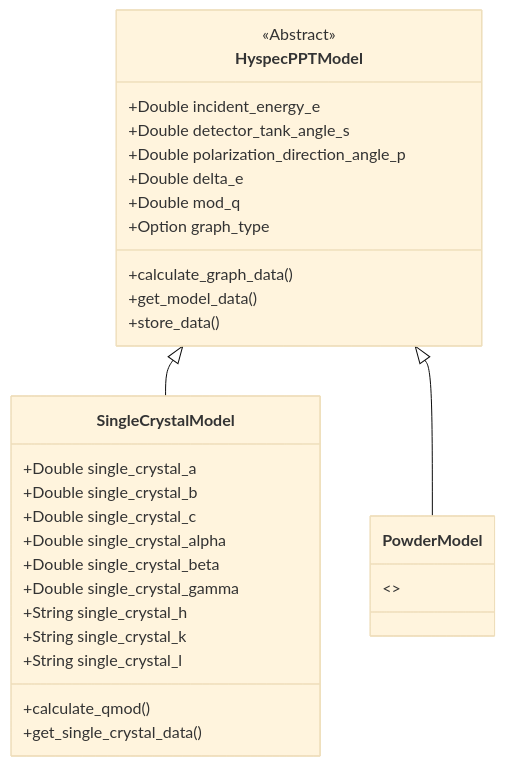
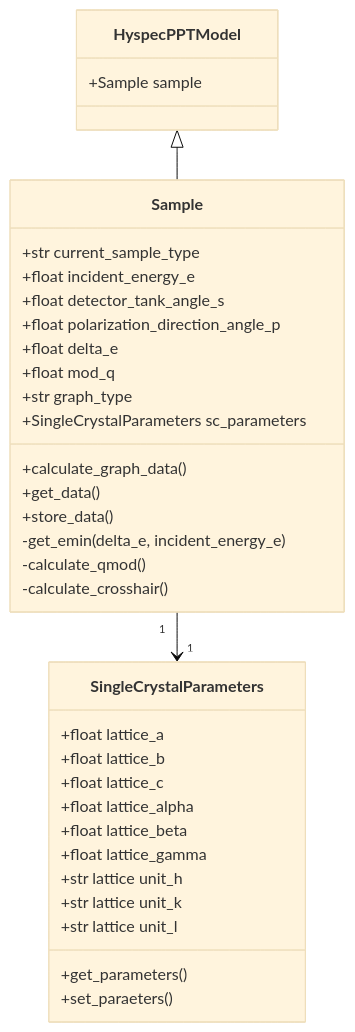
Before and after one commit to neutrons/hyspecppt: the first of 3 diagrams in docs/source/design/hyspecpptclasses.rst, drawn with Mermaid (base theme). The commit also changed other lines of this file and 6 other files, not shown here.

```diff
--- a/docs/source/design/hyspecpptclasses.rst
+++ b/docs/source/design/hyspecpptclasses.rst
@@ -11,38 +15,41 @@
 .. mermaid::
 
  classDiagram
-    HyspecPPTModel <|-- SingleCrystalModel
-    HyspecPPTModel <|-- PowderModel
+    HyspecPPTModel <|-- Sample
+    Sample "1" -->"1" SingleCrystalParameters
 
 
     class HyspecPPTModel{
-        <<Abstract>>
-        +Double incident_energy_e
-        +Double detector_tank_angle_s
-        +Double polarization_direction_angle_p
-        +Double delta_e
-        +Double mod_q
-        +Option graph_type
-        +calculate_graph_data()
-        +get_model_data()
-        +store_data()
-
+        +Sample sample
     }
 
-    class SingleCrystalModel{
-        +Double single_crystal_a
-        +Double single_crystal_b
-        +Double single_crystal_c
-        +Double single_crystal_alpha
-        +Double single_crystal_beta
-        +Double single_crystal_gamma
-        +String single_crystal_h
-        +String single_crystal_k
-        +String single_crystal_l
-        +calculate_qmod()
-        +get_single_crystal_data()
+    class Sample{
+        +str current_sample_type
+        +float incident_energy_e
+        +float detector_tank_angle_s
+        +float polarization_direction_angle_p
+        +float delta_e
+        +float mod_q
+        +str graph_type
+        +SingleCrystalParameters sc_parameters
+        +calculate_graph_data()
+        +get_data()
+        +store_data()
+        -get_emin(delta_e, incident_energy_e)
+        -calculate_qmod()
+        -calculate_crosshair()
     }
 
-    class PowderModel{
-        <>
+    class SingleCrystalParameters{
+        +float lattice_a
+        +float lattice_b
+        +float lattice_c
+        +float lattice_alpha
+        +float lattice_beta
+        +float lattice_gamma
+        +str lattice unit_h
+        +str lattice unit_k
+        +str lattice unit_l
+        +get_parameters()
+        +set_paraeters()
     }
```
